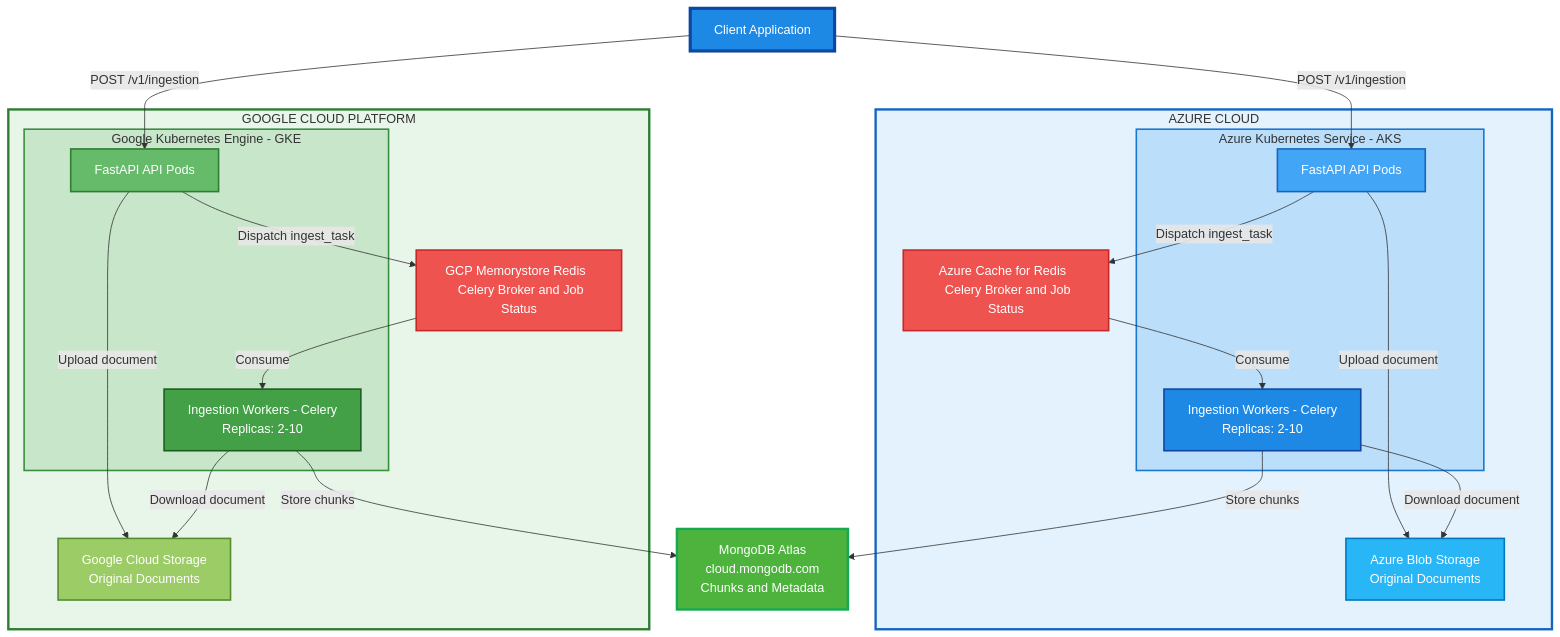
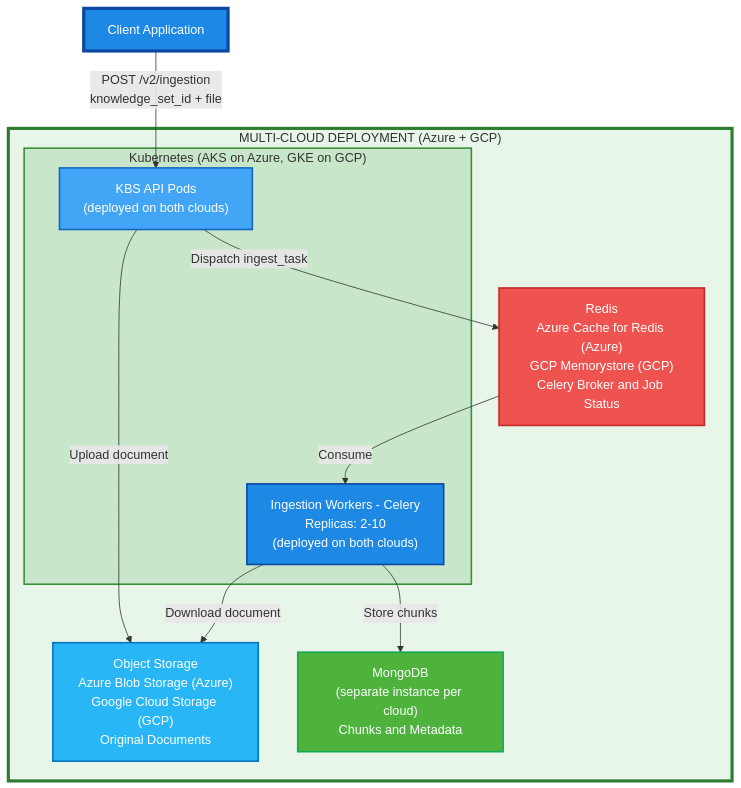
The first of 2 diagrams in docs/DESIGN.md (hmunjuluri05/rag-ingestion-api), drawn with Mermaid before and after one commit. The commit also changed other lines of this file and 1 other file, not shown here.

````diff
--- a/docs/DESIGN.md
+++ b/docs/DESIGN.md
@@ -75,56 +75,30 @@
 ```mermaid
 graph TB
-    Client["Client Application  "]
+    Client["Client Application"]
 
-    subgraph Azure["  AZURE CLOUD  "]
-        subgraph AKS["  Azure Kubernetes Service - AKS  "]
-            API_A["  FastAPI API Pods  "]
-            Workers_A["  Ingestion Workers - Celery  <br/>  Replicas: 2-10  "]
+    subgraph MultiCloud["MULTI-CLOUD DEPLOYMENT  (Azure + GCP)"]
+        subgraph K8s["Kubernetes  (AKS on Azure, GKE on GCP)"]
+            API["KBS API Pods<br/>(deployed on both clouds)"]
+            Workers["Ingestion Workers - Celery<br/>Replicas: 2-10<br/>(deployed on both clouds)"]
         end
-        Redis_A["  Azure Cache for Redis  <br/>  Celery Broker and Job Status  "]
-        Blob_A["  Azure Blob Storage  <br/>  Original Documents  "]
+        Redis["Redis<br/>Azure Cache for Redis (Azure)<br/>GCP Memorystore (GCP)<br/>Celery Broker and Job Status"]
+        ObjectStorage["Object Storage<br/>Azure Blob Storage (Azure)<br/>Google Cloud Storage (GCP)<br/>Original Documents"]
+        MongoDB["MongoDB<br/>(separate instance per cloud)<br/>Chunks and Metadata"]
     end
 
-    subgraph GCP["  GOOGLE CLOUD PLATFORM  "]
-        subgraph GKE["  Google Kubernetes Engine - GKE  "]
-            API_G["  FastAPI API Pods  "]
-            Workers_G["  Ingestion Workers - Celery  <br/>  Replicas: 2-10  "]
-        end
-        Redis_G["  GCP Memorystore Redis  <br/>  Celery Broker and Job Status  "]
-        GCS_G["  Google Cloud Storage  <br/>  Original Documents  "]
-    end
-
-    MongoDB["  MongoDB Atlas  <br/>  cloud.mongodb.com  <br/>  Chunks and Metadata  "]
-
-    Client -->|POST /v1/ingestion| API_A
-    Client -->|POST /v1/ingestion| API_G
-
-    API_A -->|Dispatch ingest_task| Redis_A
-    Redis_A -->|Consume| Workers_A
-
-    API_A -->|Upload document| Blob_A
-    Workers_A -->|Download document| Blob_A
-    Workers_A -->|Store chunks| MongoDB
-
-    API_G -->|Dispatch ingest_task| Redis_G
-    Redis_G -->|Consume| Workers_G
-
-    API_G -->|Upload document| GCS_G
-    Workers_G -->|Download document| GCS_G
-    Workers_G -->|Store chunks| MongoDB
+    Client -->|POST /v2/ingestion<br/>knowledge_set_id + file| API
+    API -->|Dispatch ingest_task| Redis
+    Redis -->|Consume| Workers
+    API -->|Upload document| ObjectStorage
+    Workers -->|Download document| ObjectStorage
+    Workers -->|Store chunks| MongoDB
 
     style Client fill:#1E88E5,stroke:#0D47A1,stroke-width:4px,color:#FFFFFF
-    style Azure fill:#E3F2FD,stroke:#1565C0,stroke-width:3px
-    style AKS fill:#BBDEFB,stroke:#1976D2,stroke-width:2px
-    style API_A fill:#42A5F5,stroke:#1565C0,stroke-width:2px,color:#FFFFFF
-    style Workers_A fill:#1E88E5,stroke:#0D47A1,stroke-width:2px,color:#FFFFFF
-    style Redis_A fill:#EF5350,stroke:#C62828,stroke-width:2px,color:#FFFFFF
-    style Blob_A fill:#29B6F6,stroke:#0277BD,stroke-width:2px,color:#FFFFFF
-    style GCP fill:#E8F5E9,stroke:#2E7D32,stroke-width:3px
-    style GKE fill:#C8E6C9,stroke:#388E3C,stroke-width:2px
-    style API_G fill:#66BB6A,stroke:#2E7D32,stroke-width:2px,color:#FFFFFF
-    style Workers_G fill:#43A047,stroke:#1B5E20,stroke-width:2px,color:#FFFFFF
-    style Redis_G fill:#EF5350,stroke:#C62828,stroke-width:2px,color:#FFFFFF
-    style GCS_G fill:#9CCC65,stroke:#558B2F,stroke-width:2px,color:#FFFFFF
-    style MongoDB fill:#4DB33D,stroke:#13AA52,stroke-width:3px,color:#FFFFFF
+    style MultiCloud fill:#E8F5E9,stroke:#2E7D32,stroke-width:4px
+    style K8s fill:#C8E6C9,stroke:#388E3C,stroke-width:2px
+    style API fill:#42A5F5,stroke:#1565C0,stroke-width:2px,color:#FFFFFF
+    style Workers fill:#1E88E5,stroke:#0D47A1,stroke-width:2px,color:#FFFFFF
+    style Redis fill:#EF5350,stroke:#C62828,stroke-width:2px,color:#FFFFFF
+    style ObjectStorage fill:#29B6F6,stroke:#0277BD,stroke-width:2px,color:#FFFFFF
+    style MongoDB fill:#4DB33D,stroke:#13AA52,stroke-width:2px,color:#FFFFFF
 ```
````
